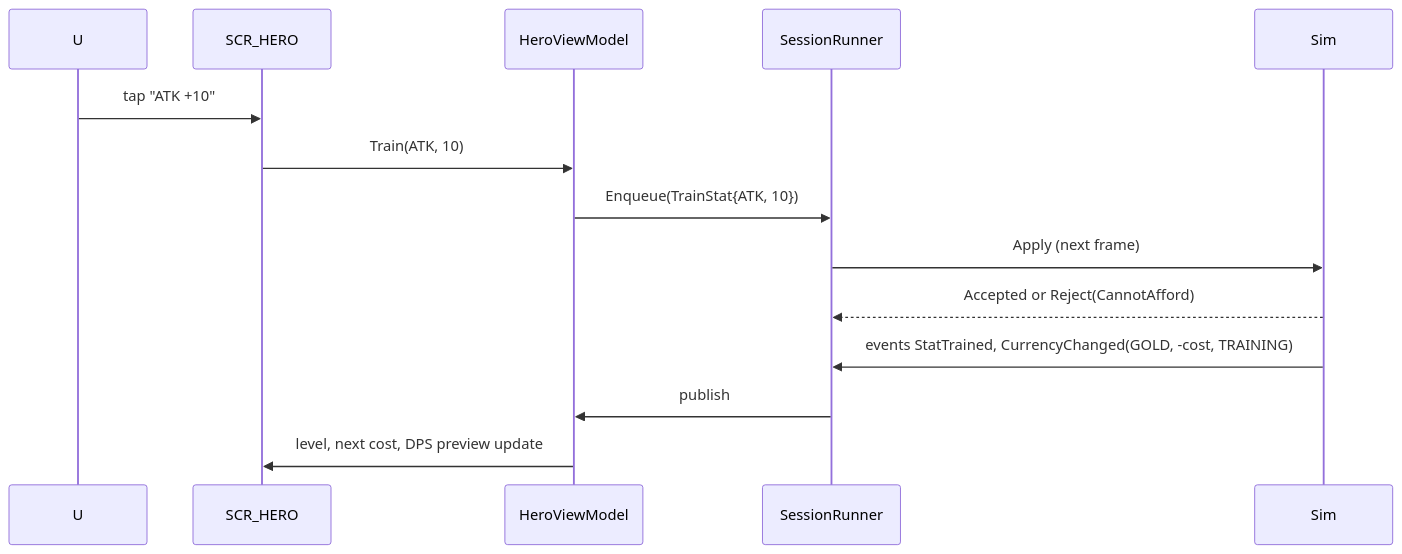
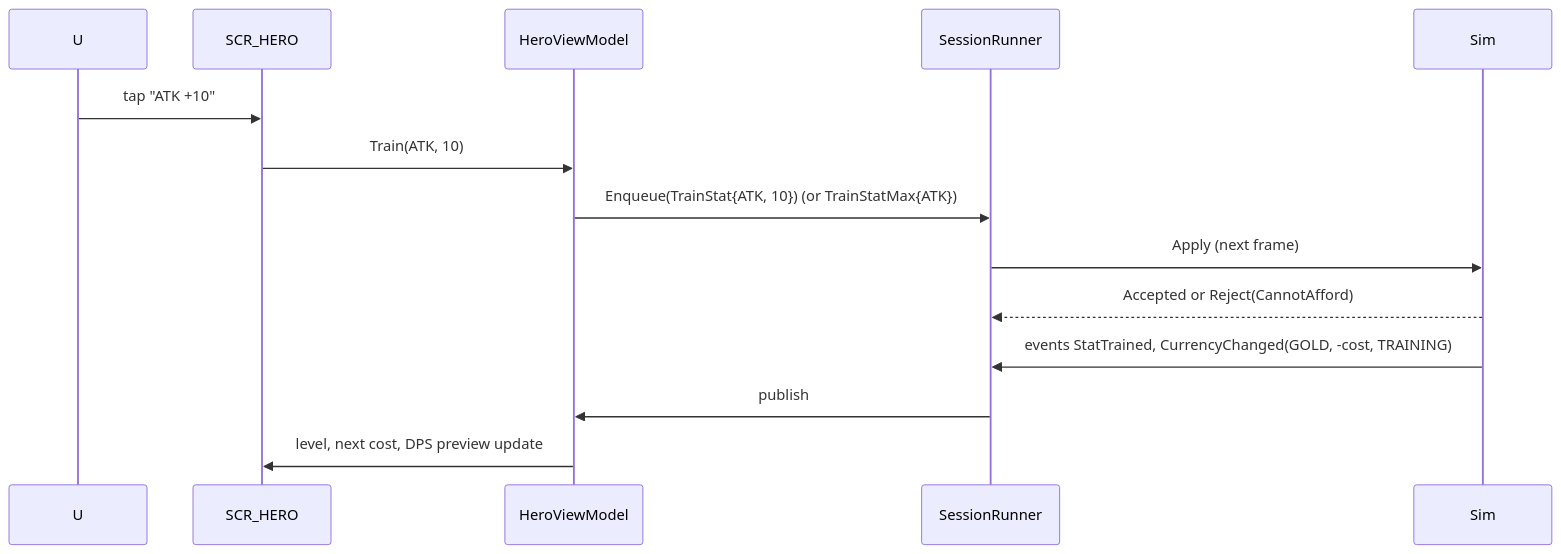
Before and after one commit to kjew2/herocat: the fifth of 15 diagrams in specs/01-architecture-and-data-flow.md, drawn with Mermaid. The commit also changed other lines of this file and 9 other files, not shown here.

````diff
--- a/specs/01-architecture-and-data-flow.md
+++ b/specs/01-architecture-and-data-flow.md
@@ -551,16 +574,16 @@
 ```mermaid
 sequenceDiagram
     participant U
     participant S as SCR_HERO
     participant VM as HeroViewModel
     participant R as SessionRunner
     participant Sim
     U->>S: tap "ATK +10"
     S->>VM: Train(ATK, 10)
-    VM->>R: Enqueue(TrainStat{ATK, 10})
+    VM->>R: Enqueue(TrainStat{ATK, 10}) (or TrainStatMax{ATK})
     R->>Sim: Apply (next frame)
     Sim-->>R: Accepted or Reject(CannotAfford)
     Sim->>R: events StatTrained, CurrencyChanged(GOLD, -cost, TRAINING)
     R->>VM: publish
     VM->>S: level, next cost, DPS preview update
 ```
````
